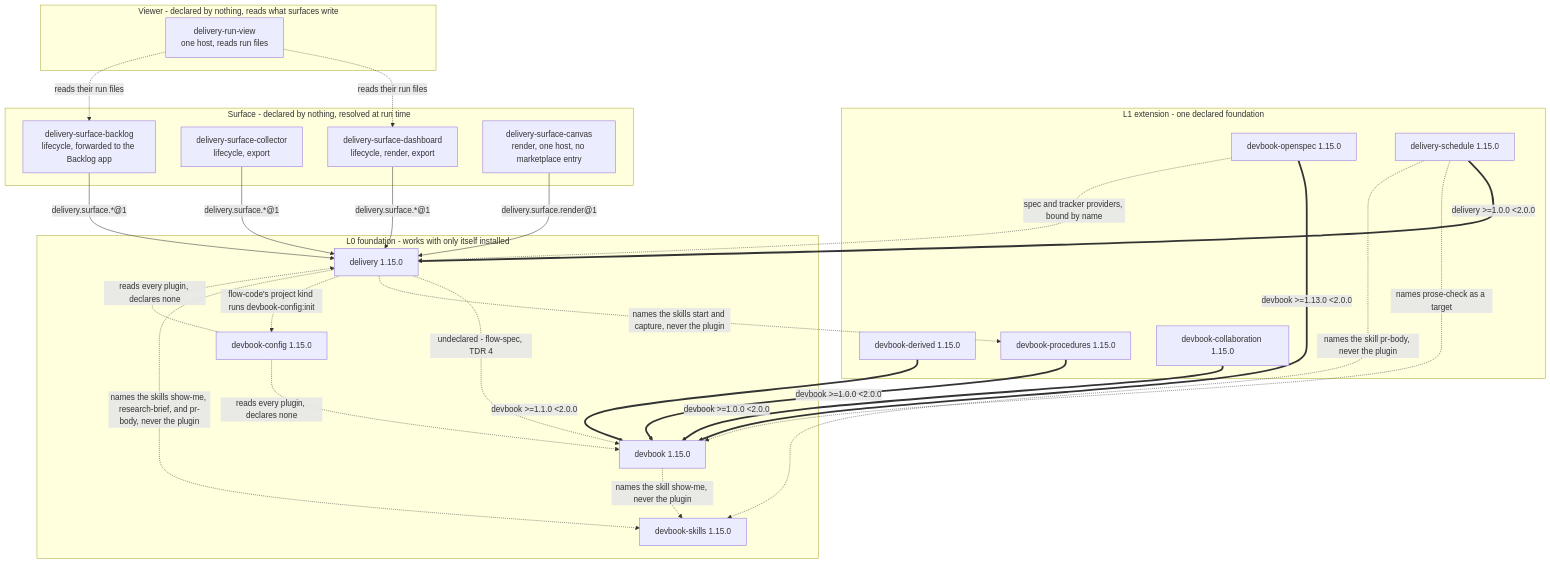
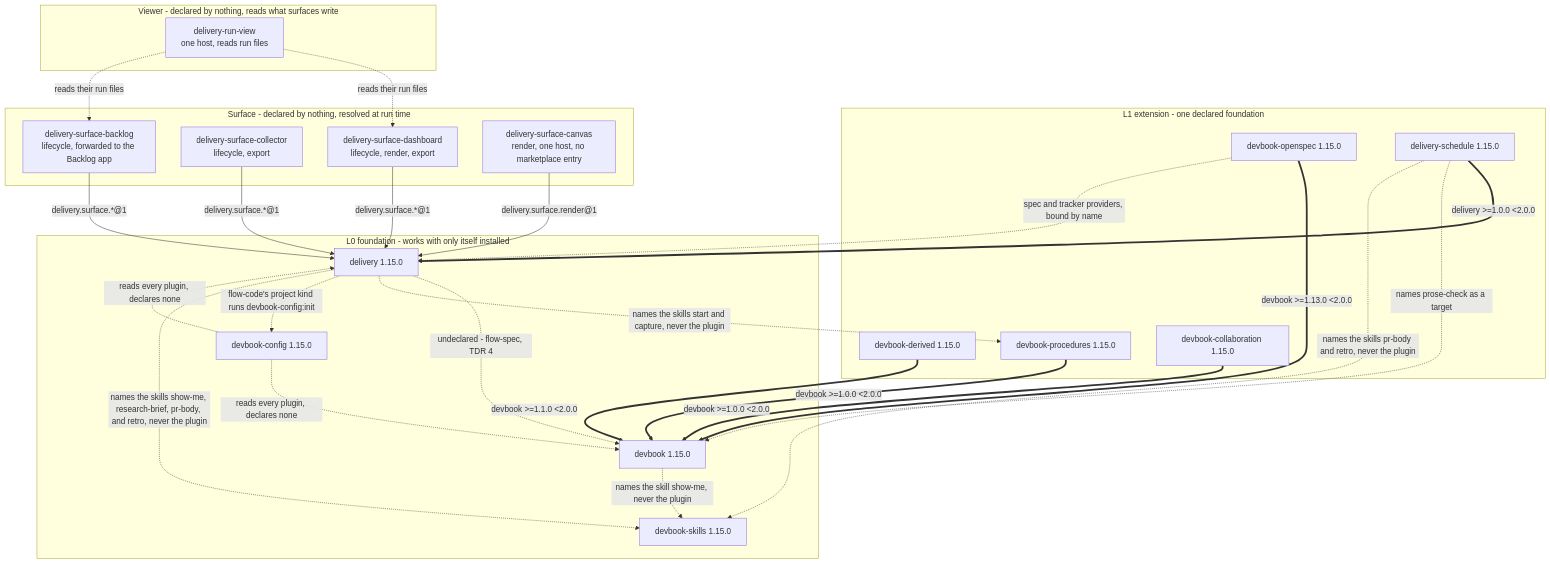
Before and after one commit to JSdotNet/ai-agent-stack: the first of 3 diagrams in .devbook/arc42/05-building-block-view.md, drawn with Mermaid. The commit also changed 14 other files, not shown here.

First line of the commit message:
devbook-skills: add retro, the one set of retro lenses

````diff
--- a/.devbook/arc42/05-building-block-view.md
+++ b/.devbook/arc42/05-building-block-view.md
@@ -29,52 +29,52 @@
 ```mermaid
 flowchart TB
     subgraph L0["L0 foundation - works with only itself installed"]
         DEV["devbook 1.15.0"]
         DEL["delivery 1.15.0"]
         CFG["devbook-config 1.15.0"]
         SKL["devbook-skills 1.15.0"]
     end
 
     subgraph L1["L1 extension - one declared foundation"]
         DBD["devbook-derived 1.15.0"]
         DPR["devbook-procedures 1.15.0"]
         DBC["devbook-collaboration 1.15.0"]
         DOS["devbook-openspec 1.15.0"]
         SCH["delivery-schedule 1.15.0"]
     end
 
     subgraph SURF["Surface - declared by nothing, resolved at run time"]
         SD["delivery-surface-dashboard<br/>lifecycle, render, export"]
         SL["delivery-surface-collector<br/>lifecycle, export"]
         SB["delivery-surface-backlog<br/>lifecycle, forwarded to the Backlog app"]
         SC["delivery-surface-canvas<br/>render, one host, no marketplace entry"]
     end
 
     subgraph VIEW["Viewer - declared by nothing, reads what surfaces write"]
         RV["delivery-run-view<br/>one host, reads run files"]
     end
 
     DBD ==>|"devbook >=1.1.0 &lt;2.0.0"| DEV
     DPR ==>|"devbook >=1.0.0 &lt;2.0.0"| DEV
     DBC ==>|"devbook >=1.0.0 &lt;2.0.0"| DEV
     DOS ==>|"devbook >=1.13.0 &lt;2.0.0"| DEV
     SCH ==>|"delivery >=1.0.0 &lt;2.0.0"| DEL
 
     SD -->|"delivery.surface.*@1"| DEL
     SL -->|"delivery.surface.*@1"| DEL
     SB -->|"delivery.surface.*@1"| DEL
     SC -->|"delivery.surface.render@1"| DEL
     RV -.->|"reads their run files"| SD
     RV -.->|"reads their run files"| SB
 
     SCH -.->|"names prose-check as a target"| DEV
     DEL -.->|"undeclared - flow-spec, TDR 4"| DEV
     DEL -.->|"names the skills start and capture, never the plugin"| DPR
     CFG -.->|"reads every plugin, declares none"| DEV
     CFG -.->|"reads every plugin, declares none"| DEL
     DEL -.->|"flow-code's project kind runs devbook-config:init"| CFG
     DOS -.->|"spec and tracker providers, bound by name"| DEL
     DEV -.->|"names the skill show-me, never the plugin"| SKL
-    DEL -.->|"names the skills show-me, research-brief, and pr-body, never the plugin"| SKL
-    SCH -.->|"names the skill pr-body, never the plugin"| SKL
+    DEL -.->|"names the skills show-me, research-brief, pr-body, and retro, never the plugin"| SKL
+    SCH -.->|"names the skills pr-body and retro, never the plugin"| SKL
 ```
````
